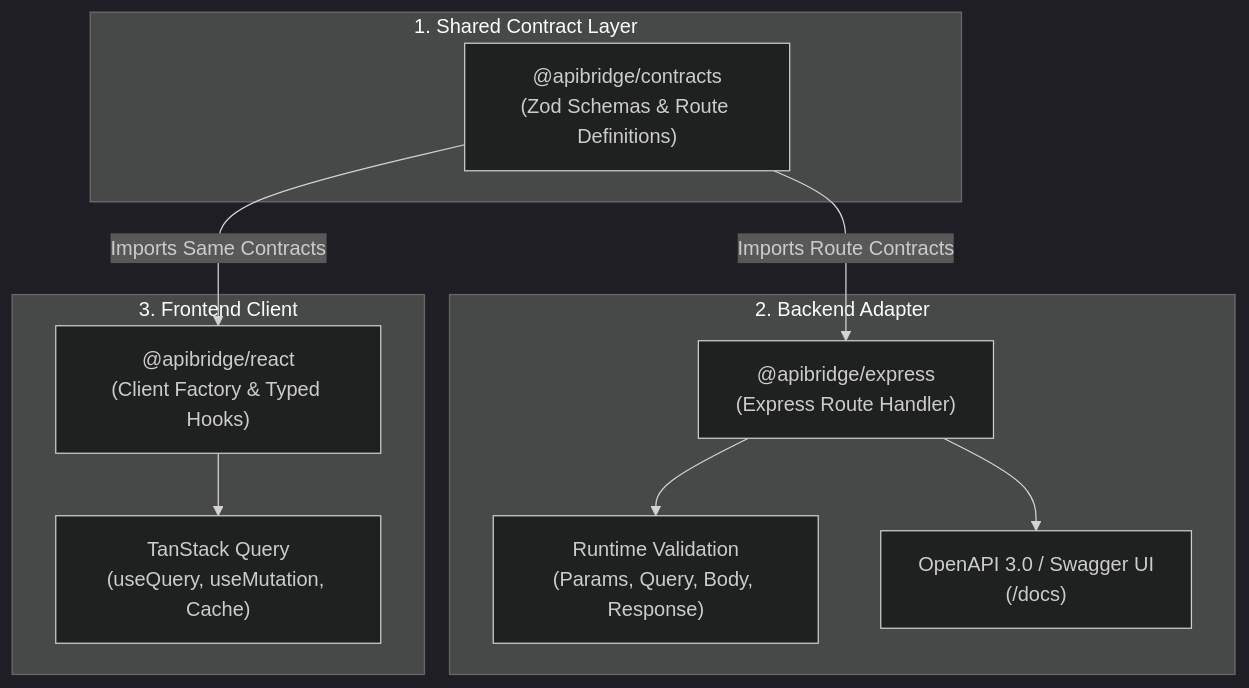
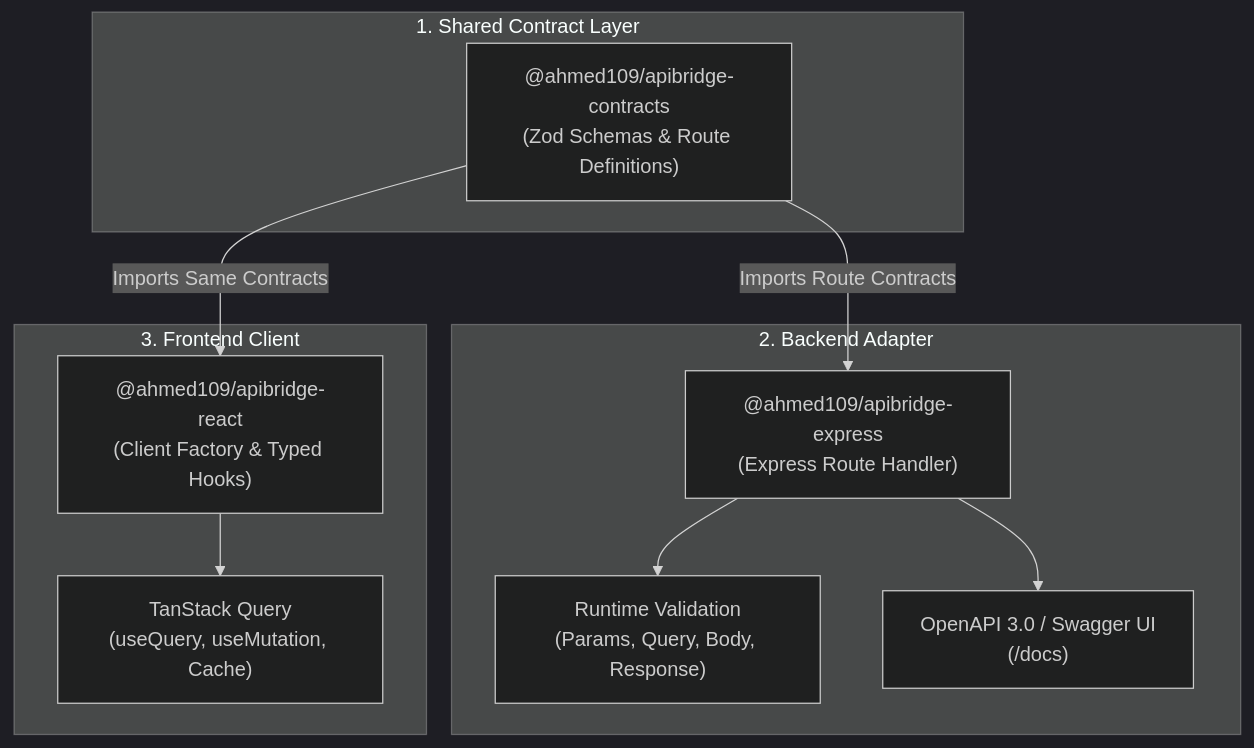
The diagram in README.md (Ahmed1092002/ApiBridge), drawn with Mermaid (dark theme) before and after one commit. The commit also changed other lines of this file and 34 other files, not shown here.

````diff
--- a/README.md
+++ b/README.md
@@ -24,23 +24,23 @@
 ```mermaid
 flowchart TD
     subgraph SingleSourceOfTruth["1. Shared Contract Layer"]
-        C["@apibridge/contracts<br/>(Zod Schemas & Route Definitions)"]
+        C["@ahmed109/apibridge-contracts<br/>(Zod Schemas & Route Definitions)"]
     end
 
     subgraph BackendLayer["2. Backend Adapter"]
-        EXP["@apibridge/express<br/>(Express Route Handler)"]
+        EXP["@ahmed109/apibridge-express<br/>(Express Route Handler)"]
         VAL["Runtime Validation<br/>(Params, Query, Body, Response)"]
         OAS["OpenAPI 3.0 / Swagger UI<br/>(/docs)"]
     end
 
     subgraph FrontendLayer["3. Frontend Client"]
-        RCT["@apibridge/react<br/>(Client Factory & Typed Hooks)"]
+        RCT["@ahmed109/apibridge-react<br/>(Client Factory & Typed Hooks)"]
         TQ["TanStack Query<br/>(useQuery, useMutation, Cache)"]
     end
 
     C -->|Imports Route Contracts| EXP
     EXP --> VAL
     EXP --> OAS
     C -->|Imports Same Contracts| RCT
     RCT --> TQ
 ```
````
